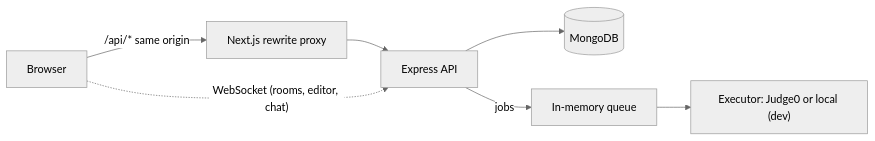
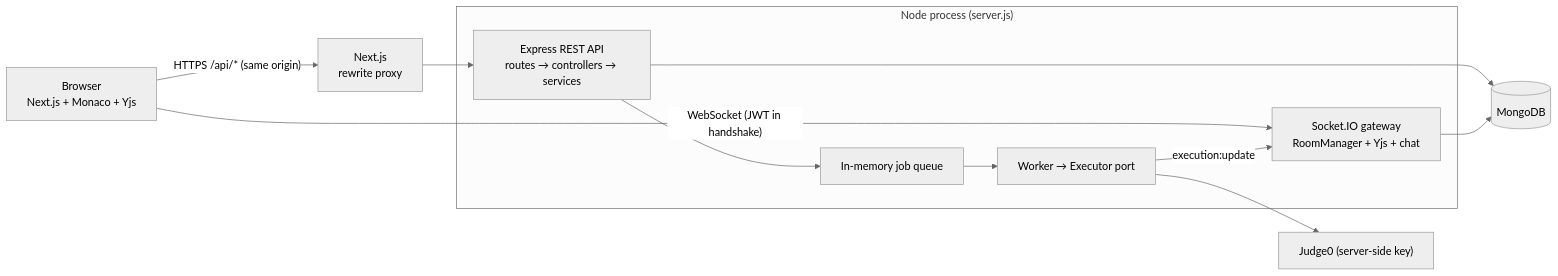
One commit to aryankd123/Z_Coder changed the diagram in README.md. Above: the diagram before and after it, drawn with Mermaid (neutral theme). The commit also changed other lines of this file and 1 other file, not shown here.

Commit message:
docs: Render Blueprint and a README rewrite

````diff
--- a/README.md
+++ b/README.md
@@ -16,7 +22,16 @@
 ```mermaid
 flowchart LR
-  B[Browser] -- "/api/* same origin" --> N[Next.js rewrite proxy] --> A[Express API]
-  B -. "WebSocket (rooms, editor, chat)" .-> A
-  A --> M[(MongoDB)]
-  A -- "jobs" --> Q[In-memory queue] --> X["Executor: Judge0 or local (dev)"]
+  B["Browser<br/>Next.js + Monaco + Yjs"] -- "HTTPS /api/* (same origin)" --> N["Next.js<br/>rewrite proxy"]
+  N --> API
+  B -- "WebSocket (JWT in handshake)" --> RT
+  subgraph S["Node process (server.js)"]
+    API["Express REST API<br/>routes → controllers → services"]
+    RT["Socket.IO gateway<br/>RoomManager + Yjs + chat"]
+    Q["In-memory job queue"] --> W["Worker → Executor port"]
+  end
+  API --> Q
+  W -- "execution:update" --> RT
+  API --> M[("MongoDB")]
+  RT --> M
+  W --> J["Judge0 (server-side key)"]
 ```
````
